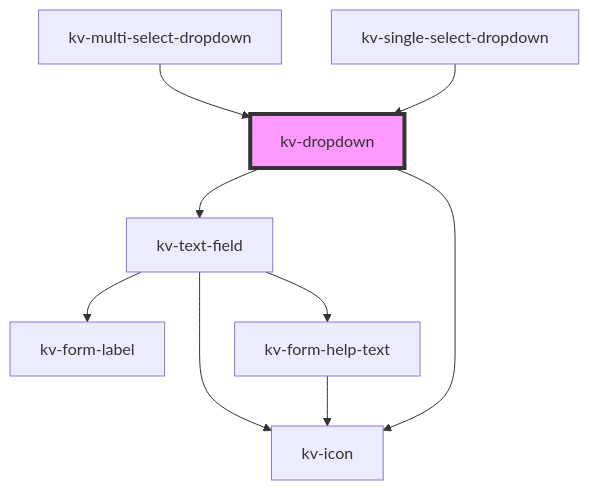
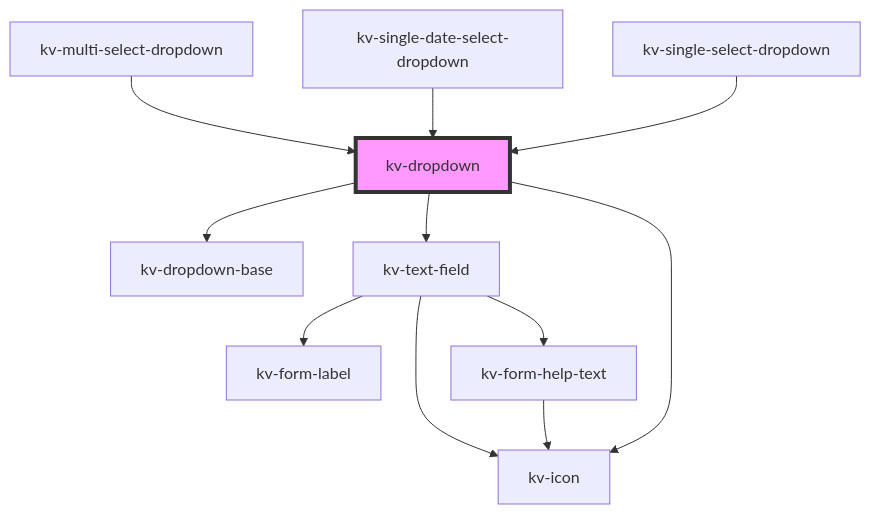
The diagram in packages/ui-components/src/components/dropdown/readme.md (kelvininc/ui-components), drawn with Mermaid before and after one commit. The commit also changed other lines of this file and 91 other files, not shown here.

Commit message:
feat(calendar): add calendar base, selector and dropdown components

````diff
--- a/packages/ui-components/src/components/dropdown/readme.md
+++ b/packages/ui-components/src/components/dropdown/readme.md
@@ -129,12 +132,14 @@
 ```mermaid
 graph TD;
+  kv-dropdown --> kv-dropdown-base
   kv-dropdown --> kv-text-field
   kv-dropdown --> kv-icon
   kv-text-field --> kv-form-label
   kv-text-field --> kv-icon
   kv-text-field --> kv-form-help-text
   kv-form-help-text --> kv-icon
   kv-multi-select-dropdown --> kv-dropdown
+  kv-single-date-select-dropdown --> kv-dropdown
   kv-single-select-dropdown --> kv-dropdown
   style kv-dropdown fill:#f9f,stroke:#333,stroke-width:4px
 ```
````
